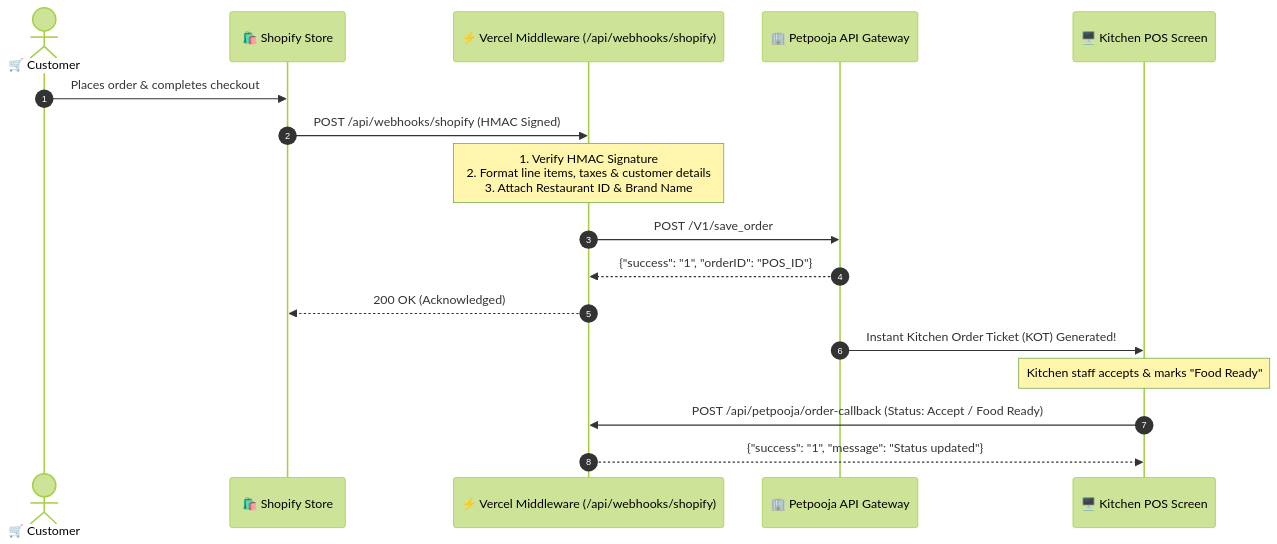
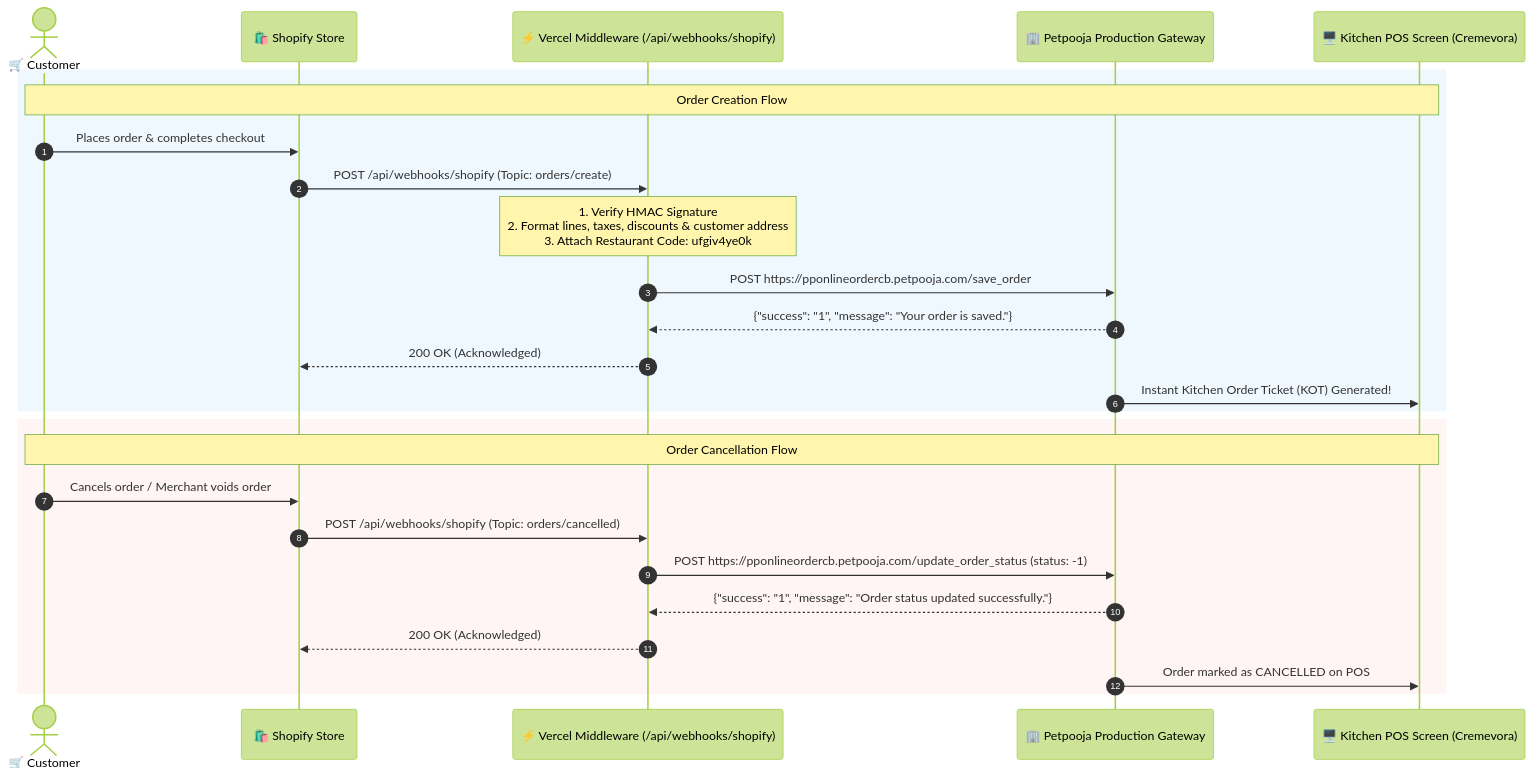
Before and after one commit to ABVicky/MiddleWare---PetPoojaxShopify-Creamvora-: the diagram in README.md, drawn with Mermaid (forest theme). The commit also changed other lines of this file, not shown here.

Commit message:
docs: update README with verified production setup, architecture and test results

````diff
--- a/README.md
+++ b/README.md
@@ -34,20 +34,30 @@
 ```mermaid
 sequenceDiagram
     autonumber
     actor Customer as 🛒 Customer
     participant Shopify as 🛍️ Shopify Store
     participant Middleware as ⚡ Vercel Middleware (/api/webhooks/shopify)
-    participant Petpooja as 🏢 Petpooja API Gateway
-    participant POS as 🖥️ Kitchen POS Screen
+    participant Petpooja as 🏢 Petpooja Production Gateway
+    participant POS as 🖥️ Kitchen POS Screen (Cremevora)
 
+    rect rgb(240, 248, 255)
+    Note over Customer, POS: Order Creation Flow
     Customer->>Shopify: Places order & completes checkout
-    Shopify->>Middleware: POST /api/webhooks/shopify (HMAC Signed)
-    Note over Middleware: 1. Verify HMAC Signature<br/>2. Format line items, taxes & customer details<br/>3. Attach Restaurant ID & Brand Name
-    Middleware->>Petpooja: POST /V1/save_order
-    Petpooja-->>Middleware: {"success": "1", "orderID": "POS_ID"}
+    Shopify->>Middleware: POST /api/webhooks/shopify (Topic: orders/create)
+    Note over Middleware: 1. Verify HMAC Signature<br/>2. Format lines, taxes, discounts & customer address<br/>3. Attach Restaurant Code: ufgiv4ye0k
+    Middleware->>Petpooja: POST https://pponlineordercb.petpooja.com/save_order
+    Petpooja-->>Middleware: {"success": "1", "message": "Your order is saved."}
     Middleware-->>Shopify: 200 OK (Acknowledged)
     Petpooja->>POS: Instant Kitchen Order Ticket (KOT) Generated!
-    Note over POS: Kitchen staff accepts & marks "Food Ready"
-    POS->>Middleware: POST /api/petpooja/order-callback (Status: Accept / Food Ready)
-    Middleware-->>POS: {"success": "1", "message": "Status updated"}
+    end
+
+    rect rgb(255, 245, 245)
+    Note over Customer, POS: Order Cancellation Flow
+    Customer->>Shopify: Cancels order / Merchant voids order
+    Shopify->>Middleware: POST /api/webhooks/shopify (Topic: orders/cancelled)
+    Middleware->>Petpooja: POST https://pponlineordercb.petpooja.com/update_order_status (status: -1)
+    Petpooja-->>Middleware: {"success": "1", "message": "Order status updated successfully."}
+    Middleware-->>Shopify: 200 OK (Acknowledged)
+    Petpooja->>POS: Order marked as CANCELLED on POS
+    end
 ```
````
